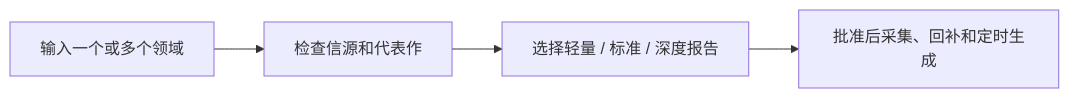
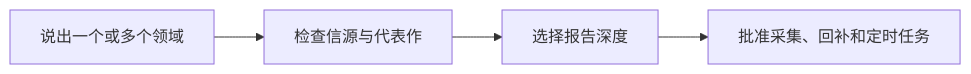
One commit to roy-tong/iRead changed the diagram in README.md. Above: the diagram before and after it, drawn with Mermaid. The commit also changed other lines of this file and 12 other files, not shown here.

````diff
--- a/README.md
+++ b/README.md
@@ -78,6 +39,6 @@
 ```mermaid
 flowchart LR
-    A["输入一个或多个领域"] --> B["检查信源和代表作"]
-    B --> C["选择轻量 / 标准 / 深度报告"]
-    C --> D["批准后采集、回补和定时生成"]
+    A["说出一个或多个领域"] --> B["检查信源与代表作"]
+    B --> C["选择报告深度"]
+    C --> D["批准采集、回补和定时任务"]
 ```
````
